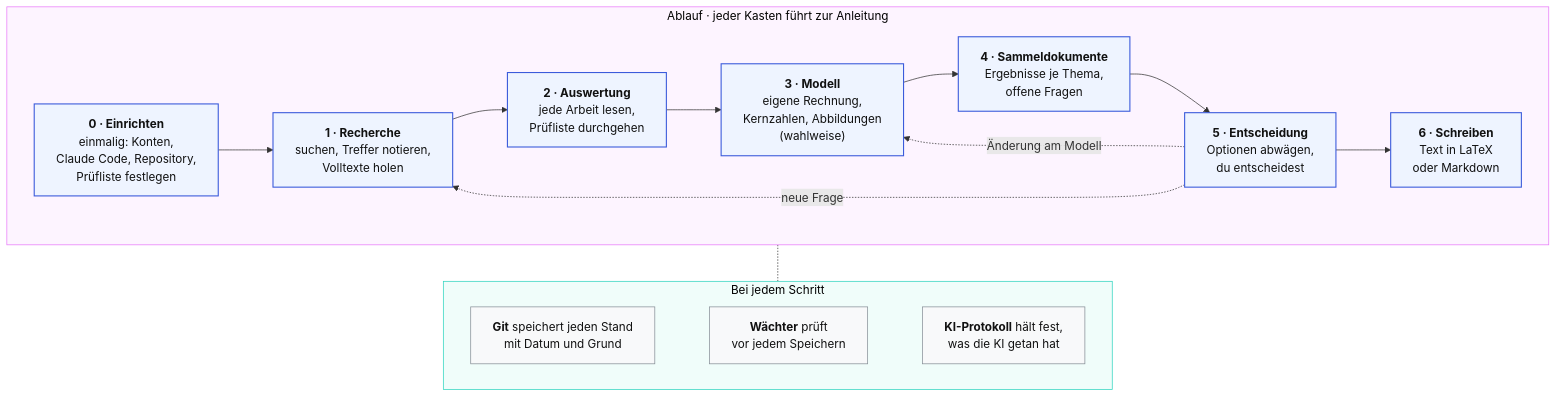
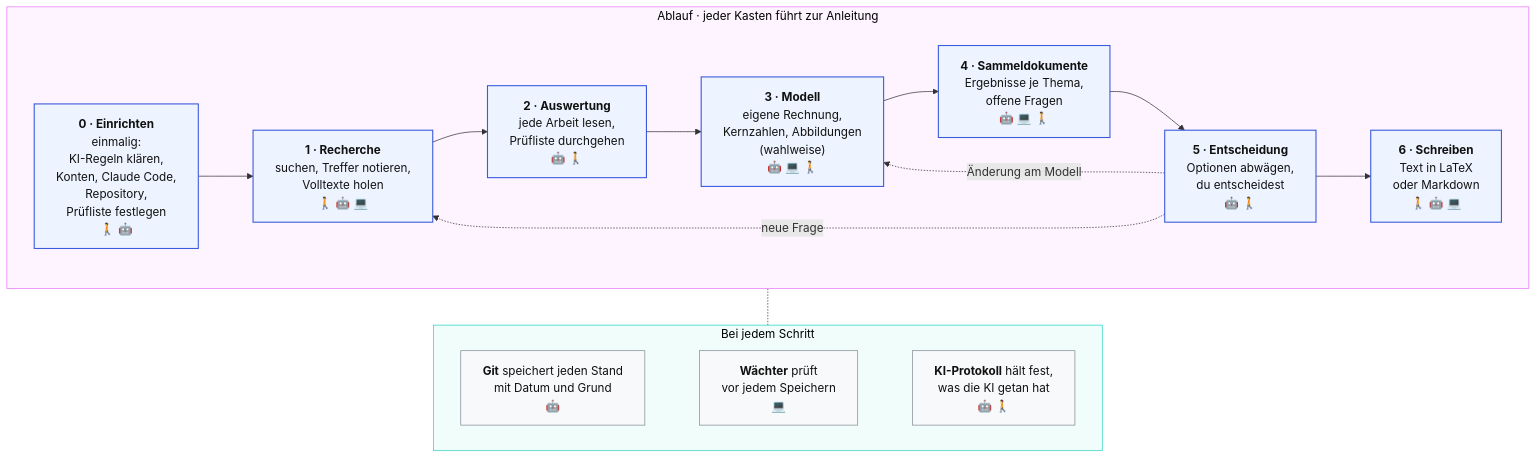
The diagram in README.md (Veit-Kramer-Schoeggl/evidence-to-thesis), drawn with Mermaid before and after one commit. The commit also changed other lines of this file and 17 other files, not shown here.

First line of the commit message:
KI, Plagiat und Eidesstattliche Erklärung zuerst; Bausteine erklärt; Kennzeichnung wer was macht; klickbarer Ordnerbaum

````diff
--- a/README.md
+++ b/README.md
@@ -32,40 +44,40 @@
 ```mermaid
 flowchart TB
     subgraph PH["Ablauf · jeder Kasten führt zur Anleitung"]
         direction LR
-        P0["<b>0 · Einrichten</b><br/>einmalig: Konten,<br/>Claude Code, Repository,<br/>Prüfliste festlegen"]
-        P1["<b>1 · Recherche</b><br/>suchen, Treffer notieren,<br/>Volltexte holen"]
-        P2["<b>2 · Auswertung</b><br/>jede Arbeit lesen,<br/>Prüfliste durchgehen"]
-        P3["<b>3 · Modell</b><br/>eigene Rechnung,<br/>Kernzahlen, Abbildungen<br/>(wahlweise)"]
-        P4["<b>4 · Sammeldokumente</b><br/>Ergebnisse je Thema,<br/>offene Fragen"]
-        P5["<b>5 · Entscheidung</b><br/>Optionen abwägen,<br/>du entscheidest"]
-        P6["<b>6 · Schreiben</b><br/>Text in LaTeX<br/>oder Markdown"]
+        P0["<b>0 · Einrichten</b><br/>einmalig:<br/>KI-Regeln klären,<br/>Konten, Claude Code,<br/>Repository,<br/>Prüfliste festlegen<br/>🚶 🤖"]
+        P1["<b>1 · Recherche</b><br/>suchen, Treffer notieren,<br/>Volltexte holen<br/>🚶 🤖 💻"]
+        P2["<b>2 · Auswertung</b><br/>jede Arbeit lesen,<br/>Prüfliste durchgehen<br/>🤖 🚶"]
+        P3["<b>3 · Modell</b><br/>eigene Rechnung,<br/>Kernzahlen, Abbildungen<br/>(wahlweise)<br/>🤖 💻 🚶"]
+        P4["<b>4 · Sammeldokumente</b><br/>Ergebnisse je Thema,<br/>offene Fragen<br/>🤖 💻 🚶"]
+        P5["<b>5 · Entscheidung</b><br/>Optionen abwägen,<br/>du entscheidest<br/>🤖 🚶"]
+        P6["<b>6 · Schreiben</b><br/>Text in LaTeX<br/>oder Markdown<br/>🚶 🤖 💻"]
         P0 --> P1 --> P2 --> P3 --> P4 --> P5 --> P6
         P5 -. "neue Frage" .-> P1
         P5 -. "Änderung am Modell" .-> P3
     end
     subgraph QS["Bei jedem Schritt"]
         direction LR
-        Q1["<b>Git</b> speichert jeden Stand<br/>mit Datum und Grund"]
-        Q2["<b>Wächter</b> prüft<br/>vor jedem Speichern"]
-        Q3["<b>KI-Protokoll</b> hält fest,<br/>was die KI getan hat"]
+        Q1["<b>Git</b> speichert jeden Stand<br/>mit Datum und Grund<br/>🤖"]
+        Q2["<b>Wächter</b> prüft<br/>vor jedem Speichern<br/>💻"]
+        Q3["<b>KI-Protokoll</b> hält fest,<br/>was die KI getan hat<br/>🤖 🚶"]
         Q1 ~~~ Q2 ~~~ Q3
     end
     PH -.- QS
     click P0 "https://github.com/Veit-Kramer-Schoeggl/evidence-to-thesis/blob/main/ablauf/0-einrichten.md" _blank
     click P1 "https://github.com/Veit-Kramer-Schoeggl/evidence-to-thesis/blob/main/ablauf/1-recherche.md" _blank
     click P2 "https://github.com/Veit-Kramer-Schoeggl/evidence-to-thesis/blob/main/ablauf/2-auswertung.md" _blank
     click P3 "https://github.com/Veit-Kramer-Schoeggl/evidence-to-thesis/blob/main/ablauf/3-modell.md" _blank
     click P4 "https://github.com/Veit-Kramer-Schoeggl/evidence-to-thesis/blob/main/ablauf/4-sammeldokumente.md" _blank
     click P5 "https://github.com/Veit-Kramer-Schoeggl/evidence-to-thesis/blob/main/ablauf/5-entscheidung.md" _blank
     click P6 "https://github.com/Veit-Kramer-Schoeggl/evidence-to-thesis/blob/main/ablauf/6-schreiben.md" _blank
     click Q1 "https://github.com/Veit-Kramer-Schoeggl/evidence-to-thesis/blob/main/ablauf/bei-jedem-schritt.md" _blank
     click Q2 "https://github.com/Veit-Kramer-Schoeggl/evidence-to-thesis/blob/main/ablauf/bei-jedem-schritt.md" _blank
     click Q3 "https://github.com/Veit-Kramer-Schoeggl/evidence-to-thesis/blob/main/ablauf/bei-jedem-schritt.md" _blank
     style PH fill:#FDF4FF,stroke:#E879F9,color:#000
     style QS fill:#F0FDFA,stroke:#2DD4BF,color:#000
     classDef phase fill:#eef4ff,stroke:#3b5bdb,stroke-width:1.5px,color:#111
     classDef quer fill:#f8f9fa,stroke:#868e96,color:#111
     class P0,P1,P2,P3,P4,P5,P6 phase
     class Q1,Q2,Q3 quer
 ```
````
